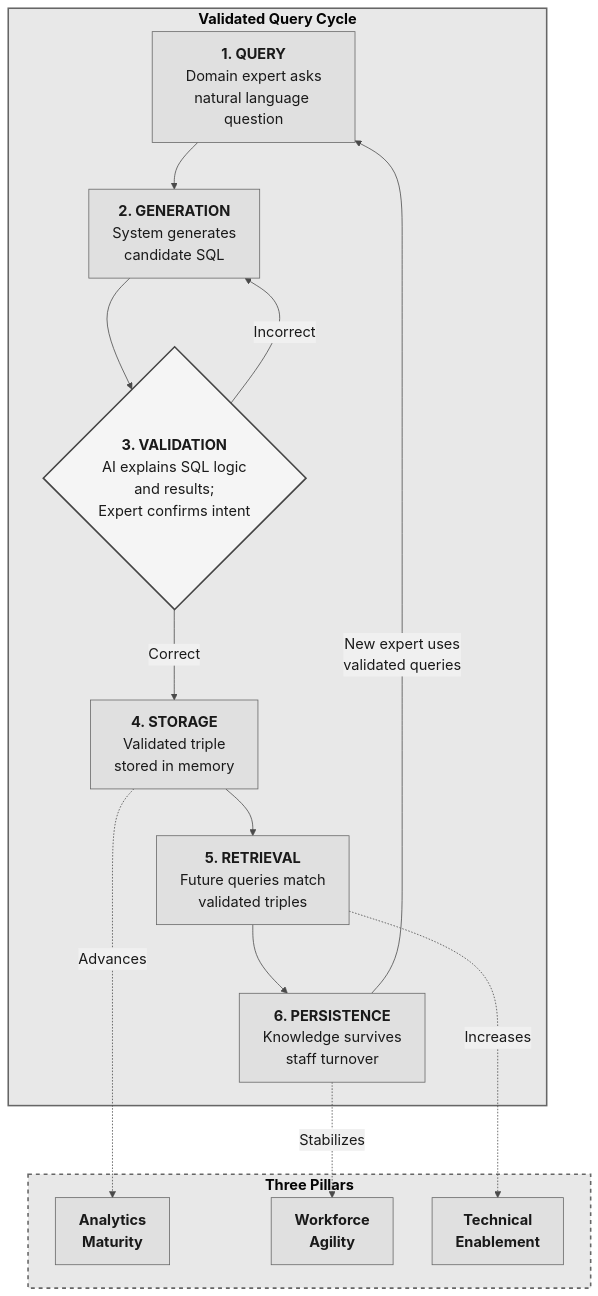
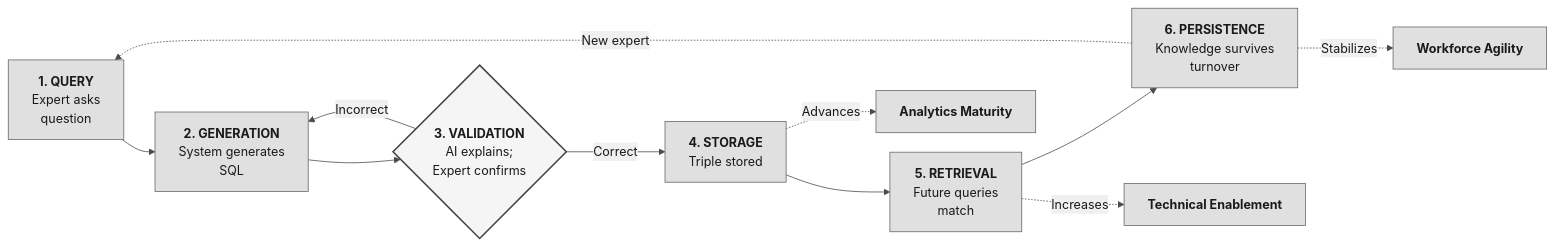
Before and after one commit to stharrold/yuimedi-paper-20250901: the diagram in figures/knowledge-cycle.mmd, drawn with Mermaid. The commit also changed 3 other files, not shown here.

First line of the commit message:
fix(paper): switch Figure 2 to compact left-right layout

```diff
--- a/figures/knowledge-cycle.mmd
+++ b/figures/knowledge-cycle.mmd
@@ -1,41 +1,20 @@
-%%{init: {'theme': 'base', 'flowchart': {'useMaxWidth': false, 'markdownAutoWrap': false, 'nodeSpacing': 50, 'rankSpacing': 60}, 'themeVariables': { 'primaryColor': '#e0e0e0', 'primaryTextColor': '#1a1a1a', 'primaryBorderColor': '#666', 'lineColor': '#4a4a4a', 'secondaryColor': '#f0f0f0', 'tertiaryColor': '#fafafa', 'fontFamily': 'Arial, sans-serif', 'fontSize': '14pt'}}}%%
-flowchart TB
-    %% Validated Query Cycle - Knowledge Preservation Mechanism
-    %% Larger fonts (14pt) for print readability
+%%{init: {'theme': 'base', 'flowchart': {'useMaxWidth': false, 'markdownAutoWrap': false, 'nodeSpacing': 25, 'rankSpacing': 40}, 'themeVariables': { 'primaryColor': '#e0e0e0', 'primaryTextColor': '#1a1a1a', 'primaryBorderColor': '#666', 'lineColor': '#4a4a4a', 'secondaryColor': '#f0f0f0', 'tertiaryColor': '#fafafa', 'fontFamily': 'Arial, sans-serif', 'fontSize': '12pt'}}}%%
+flowchart LR
+    %% Validated Query Cycle - Compact left-to-right layout
 
-    subgraph CYCLE["<b>Validated Query Cycle</b>"]
-        Q["<b>1. QUERY</b><br/>Domain expert asks<br/>natural language question"]
-        G["<b>2. GENERATION</b><br/>System generates<br/>candidate SQL"]
-        V{"<b>3. VALIDATION</b><br/>AI explains SQL logic<br/>and results;<br/>Expert confirms intent"}
-        S["<b>4. STORAGE</b><br/>Validated triple<br/>stored in memory"]
-        R["<b>5. RETRIEVAL</b><br/>Future queries match<br/>validated triples"]
-        P["<b>6. PERSISTENCE</b><br/>Knowledge survives<br/>staff turnover"]
-    end
+    Q["<b>1. QUERY</b><br/>Expert asks<br/>question"] --> G["<b>2. GENERATION</b><br/>System generates<br/>SQL"]
+    G --> V{"<b>3. VALIDATION</b><br/>AI explains;<br/>Expert confirms"}
+    V -->|"Correct"| S["<b>4. STORAGE</b><br/>Triple stored"]
+    V -->|"Incorrect"| G
+    S --> R["<b>5. RETRIEVAL</b><br/>Future queries<br/>match"]
+    R --> P["<b>6. PERSISTENCE</b><br/>Knowledge survives<br/>turnover"]
+    P -.->|"New expert"| Q
 
-    subgraph PILLARS["<b>Three Pillars</b>"]
-        M["<b>Analytics</b><br/><b>Maturity</b>"]
-        T["<b>Workforce</b><br/><b>Agility</b>"]
-        B["<b>Technical</b><br/><b>Enablement</b>"]
-    end
-
-    %% Main cycle flow
-    Q --> G
-    G --> V
-    V -->|"Correct"| S
-    V -->|"Incorrect"| G
-    S --> R
-    R --> P
-    P -->|"New expert uses<br/>validated queries"| Q
-
-    %% How cycle advances each pillar
-    S -.->|"Advances"| M
-    P -.->|"Stabilizes"| T
-    R -.->|"Increases"| B
+    %% Three Pillars below
+    S -.->|"Advances"| M["<b>Analytics Maturity</b>"]
+    R -.->|"Increases"| B["<b>Technical Enablement</b>"]
+    P -.->|"Stabilizes"| T["<b>Workforce Agility</b>"]
 
     %% Styling
-    classDef group fill:#e8e8e8,stroke:#666,stroke-width:2px
-    classDef dashedGroup fill:#e8e8e8,stroke:#666,stroke-width:2px,stroke-dasharray:5 5
     classDef decision fill:#f5f5f5,stroke:#444,stroke-width:2px
-    class CYCLE group
-    class PILLARS dashedGroup
     class V decision
```
